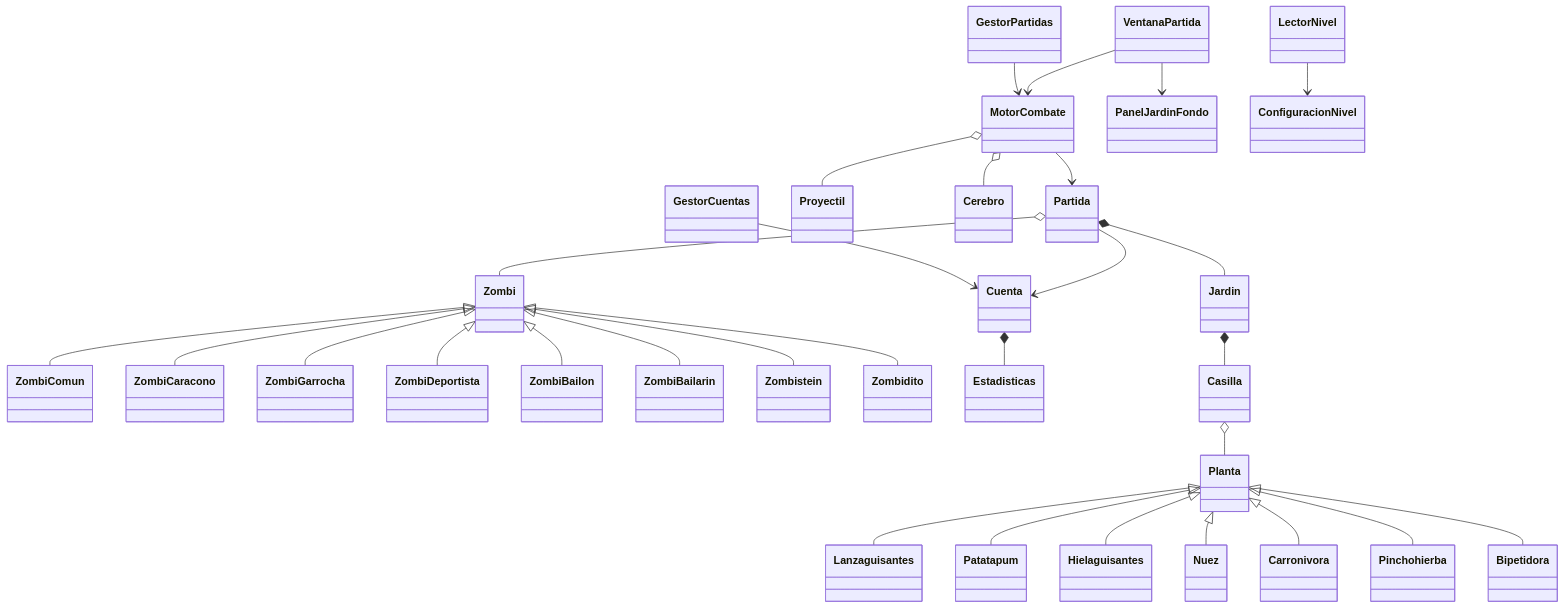
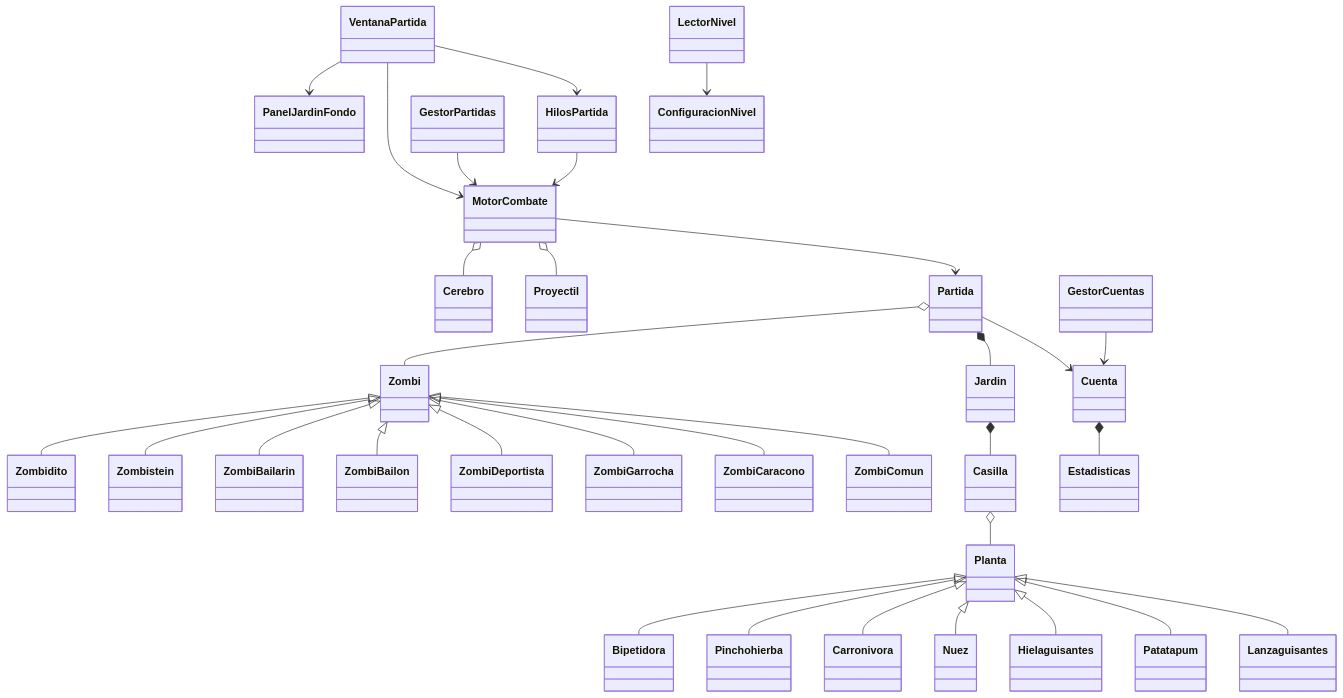
The diagram in GUIA_TECNICA.md (jesergarcia05-rgb/Proyecto-IPC-2-Plantas-Vs-Zombies), drawn with Mermaid before and after one commit. The commit also changed other lines of this file and 53 other files, not shown here.

````diff
--- a/GUIA_TECNICA.md
+++ b/GUIA_TECNICA.md
@@ -11,32 +11,34 @@
 ```mermaid
 classDiagram
     Planta <|-- Lanzaguisantes
     Planta <|-- Patatapum
     Planta <|-- Hielaguisantes
     Planta <|-- Nuez
     Planta <|-- Carronivora
     Planta <|-- Pinchohierba
     Planta <|-- Bipetidora
     Zombi <|-- ZombiComun
     Zombi <|-- ZombiCaracono
     Zombi <|-- ZombiGarrocha
     Zombi <|-- ZombiDeportista
     Zombi <|-- ZombiBailon
     Zombi <|-- ZombiBailarin
     Zombi <|-- Zombistein
     Zombi <|-- Zombidito
     Cuenta *-- Estadisticas
     Partida --> Cuenta
     Partida *-- Jardin
     Jardin *-- Casilla
     Casilla o-- Planta
     Partida o-- Zombi
     MotorCombate --> Partida
     MotorCombate o-- Proyectil
     MotorCombate o-- Cerebro
+    VentanaPartida --> HilosPartida
+    HilosPartida --> MotorCombate
     VentanaPartida --> MotorCombate
     VentanaPartida --> PanelJardinFondo
     GestorPartidas --> MotorCombate
     GestorCuentas --> Cuenta
     LectorNivel --> ConfiguracionNivel
 ```
````
